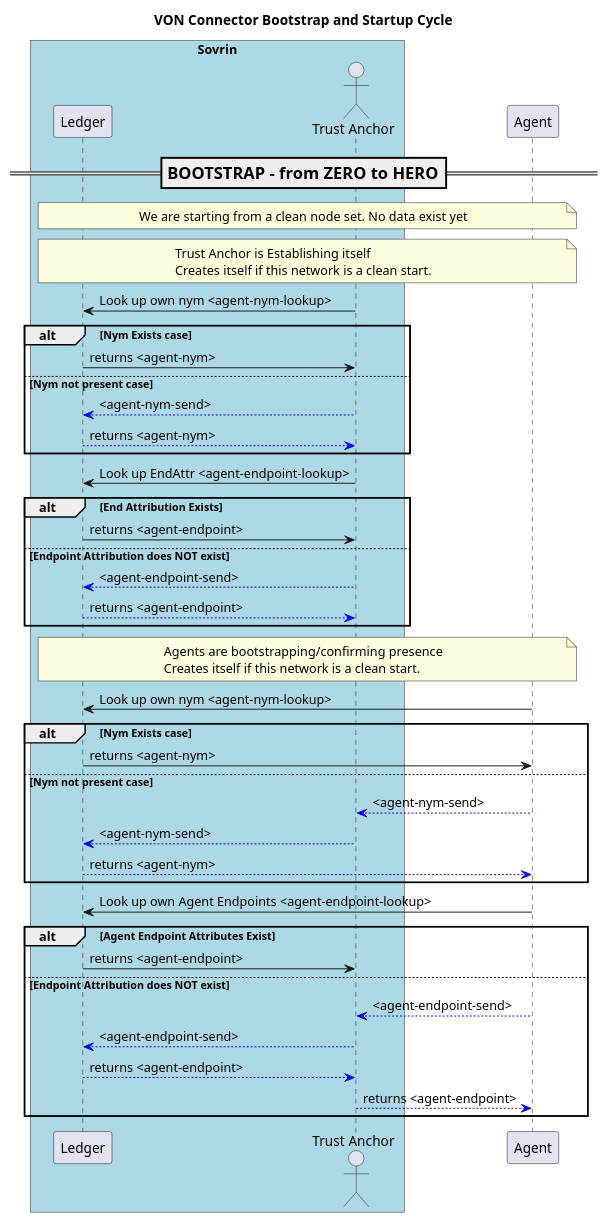
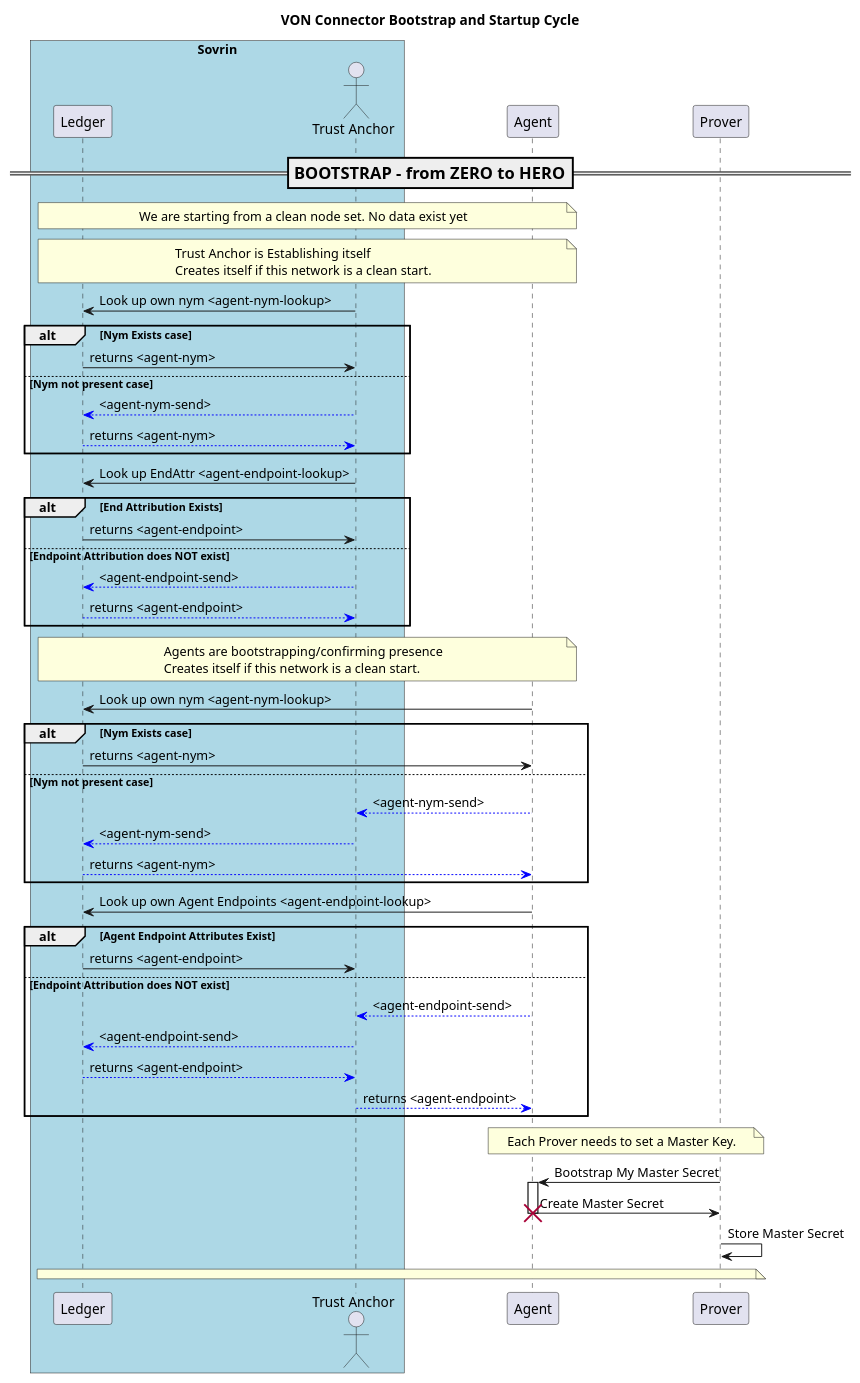
The diagram in models/BootstrappingSystem.puml (bcgov/von), drawn with PlantUML before and after one commit.

Commit message:
added Prover and Master Secret process

```diff
--- a/models/BootstrappingSystem.puml
+++ b/models/BootstrappingSystem.puml
@@ -1,68 +1,78 @@
 @startuml
 skinparam ParticipantPadding 20
 skinparam BoxPadding 20
 
 title VON Connector Bootstrap and Startup Cycle
 
 
 
 box "Sovrin" #LightBlue
   participant "Ledger" as Ledger
   actor "Trust Anchor" as TA
 endbox
 
 participant "Agent" as Ag
-
+participant "Prover" as P
 
 === BOOTSTRAP - from ZERO to HERO ==
 note over Ledger, Ag
 We are starting from a clean node set. No data exist yet
 endnote
 
 
 note over Ledger, Ag
 Trust Anchor is Establishing itself
 Creates itself if this network is a clean start.
 endnote
 TA -> Ledger: Look up own nym <agent-nym-lookup>
 alt Nym Exists case
   Ledger -> TA: returns <agent-nym>
 else Nym not present case
   TA --[#blue]> Ledger: <agent-nym-send>
   Ledger --[#blue]> TA: returns <agent-nym>
 end
 
 TA -> Ledger: Look up EndAttr <agent-endpoint-lookup>
 alt End Attribution Exists
   Ledger -> TA: returns <agent-endpoint>
 else Endpoint Attribution does NOT exist
   TA --[#blue]> Ledger: <agent-endpoint-send>
   Ledger --[#blue]> TA: returns <agent-endpoint>
 end
 
 
 note over Ledger, Ag
 Agents are bootstrapping/confirming presence
 Creates itself if this network is a clean start.
 endnote
 Ag -> Ledger: Look up own nym <agent-nym-lookup>
 alt Nym Exists case
   Ledger -> Ag: returns <agent-nym>
 else Nym not present case
   Ag --[#blue]> TA: <agent-nym-send>
   TA --[#blue]> Ledger: <agent-nym-send>
   Ledger --[#blue]> Ag: returns <agent-nym>
 end
 
 Ag -> Ledger: Look up own Agent Endpoints <agent-endpoint-lookup>
 alt Agent Endpoint Attributes Exist
   Ledger -> TA: returns <agent-endpoint>
 else Endpoint Attribution does NOT exist
   Ag --[#blue]> TA: <agent-endpoint-send>
     TA --[#blue]> Ledger: <agent-endpoint-send>
     Ledger --[#blue]> TA: returns <agent-endpoint>
     TA --[#blue]> Ag: returns <agent-endpoint>
 end
+note over Ag, P
+  Each Prover needs to set a Master Key.
+endnote
+P -> Ag: Bootstrap My Master Secret
+activate Ag
+Ag -> P: Create Master Secret
+destroy Ag
+P -> P: Store Master Secret
 
+note over Ledger, P
 
+endnote
 @enduml
```
